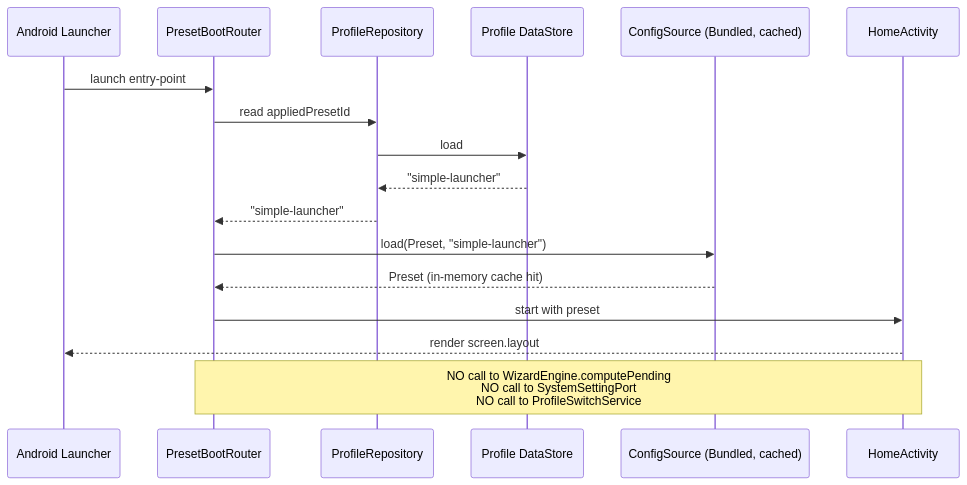
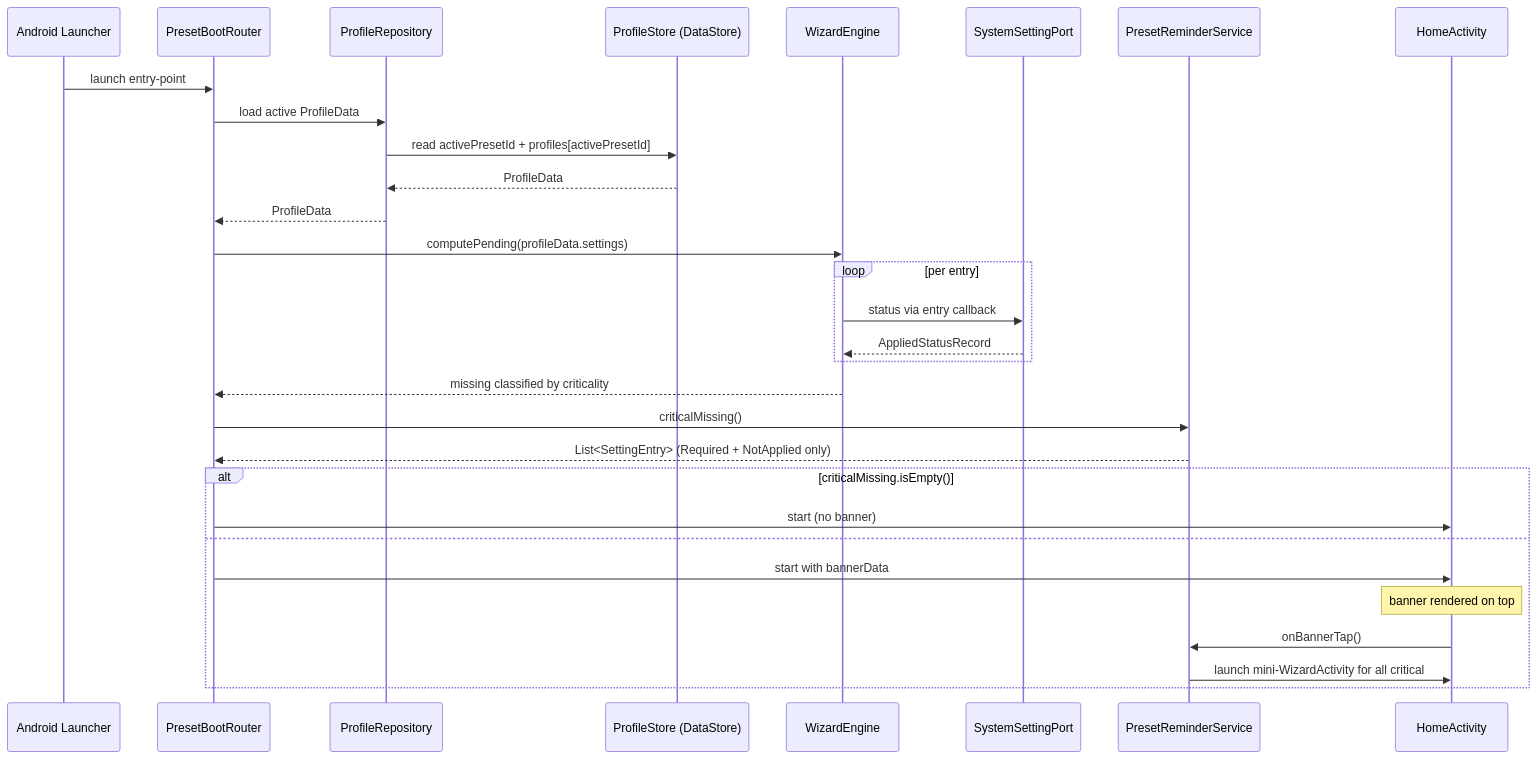
One commit to jeromwork/launcher changed the sixth of 10 diagrams in specs/task-65-profile-composition-foundation-v2/spec.md. Above: the diagram before and after it, drawn with Mermaid. The commit also changed other lines of this file, not shown here.

````diff
--- a/specs/task-65-profile-composition-foundation-v2/spec.md
+++ b/specs/task-65-profile-composition-foundation-v2/spec.md
@@ -435,20 +456,33 @@
 ```mermaid
 sequenceDiagram
   participant Sys as Android Launcher
   participant Boot as PresetBootRouter
   participant PR as ProfileRepository
-  participant DS as Profile DataStore
-  participant CS as ConfigSource (Bundled, cached)
+  participant DS as ProfileStore (DataStore)
+  participant Eng as WizardEngine
+  participant SSP as SystemSettingPort
+  participant Rem as PresetReminderService
   participant Home as HomeActivity
 
   Sys->>Boot: launch entry-point
-  Boot->>PR: read appliedPresetId
-  PR->>DS: load
-  DS-->>PR: "simple-launcher"
-  PR-->>Boot: "simple-launcher"
-  Boot->>CS: load(Preset, "simple-launcher")
-  CS-->>Boot: Preset (in-memory cache hit)
-  Boot->>Home: start with preset
-  Home-->>Sys: render screen.layout
-  Note over Boot,Home: NO call to WizardEngine.computePending<br/>NO call to SystemSettingPort<br/>NO call to ProfileSwitchService
+  Boot->>PR: load active ProfileData
+  PR->>DS: read activePresetId + profiles[activePresetId]
+  DS-->>PR: ProfileData
+  PR-->>Boot: ProfileData
+  Boot->>Eng: computePending(profileData.settings)
+  loop per entry
+    Eng->>SSP: status via entry callback
+    SSP-->>Eng: AppliedStatusRecord
+  end
+  Eng-->>Boot: missing classified by criticality
+  Boot->>Rem: criticalMissing()
+  Rem-->>Boot: List<SettingEntry> (Required + NotApplied only)
+  alt criticalMissing.isEmpty()
+    Boot->>Home: start (no banner)
+  else
+    Boot->>Home: start with bannerData
+    Note over Home: banner rendered on top
+    Home->>Rem: onBannerTap()
+    Rem->>Home: launch mini-WizardActivity for all critical
+  end
 ```
````
